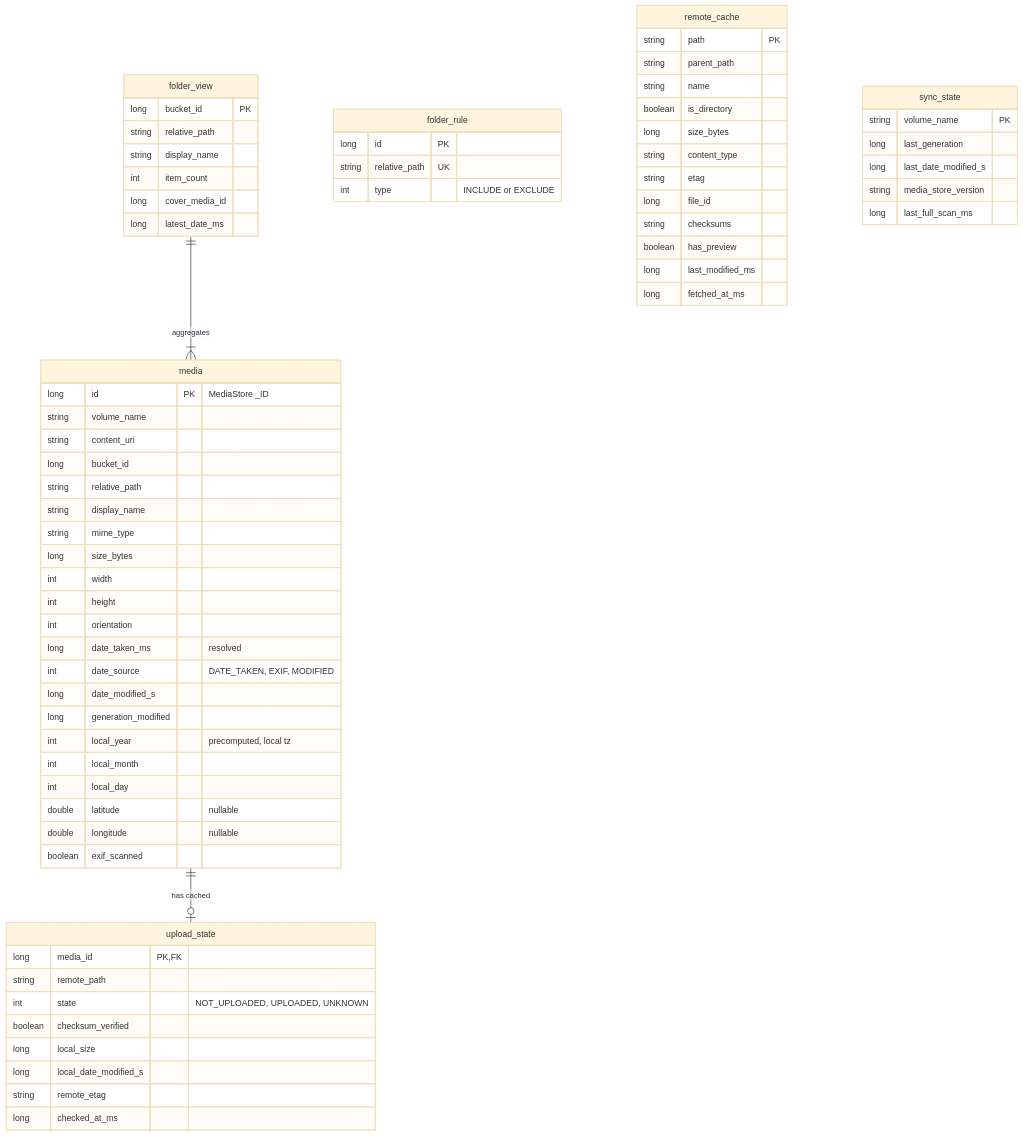
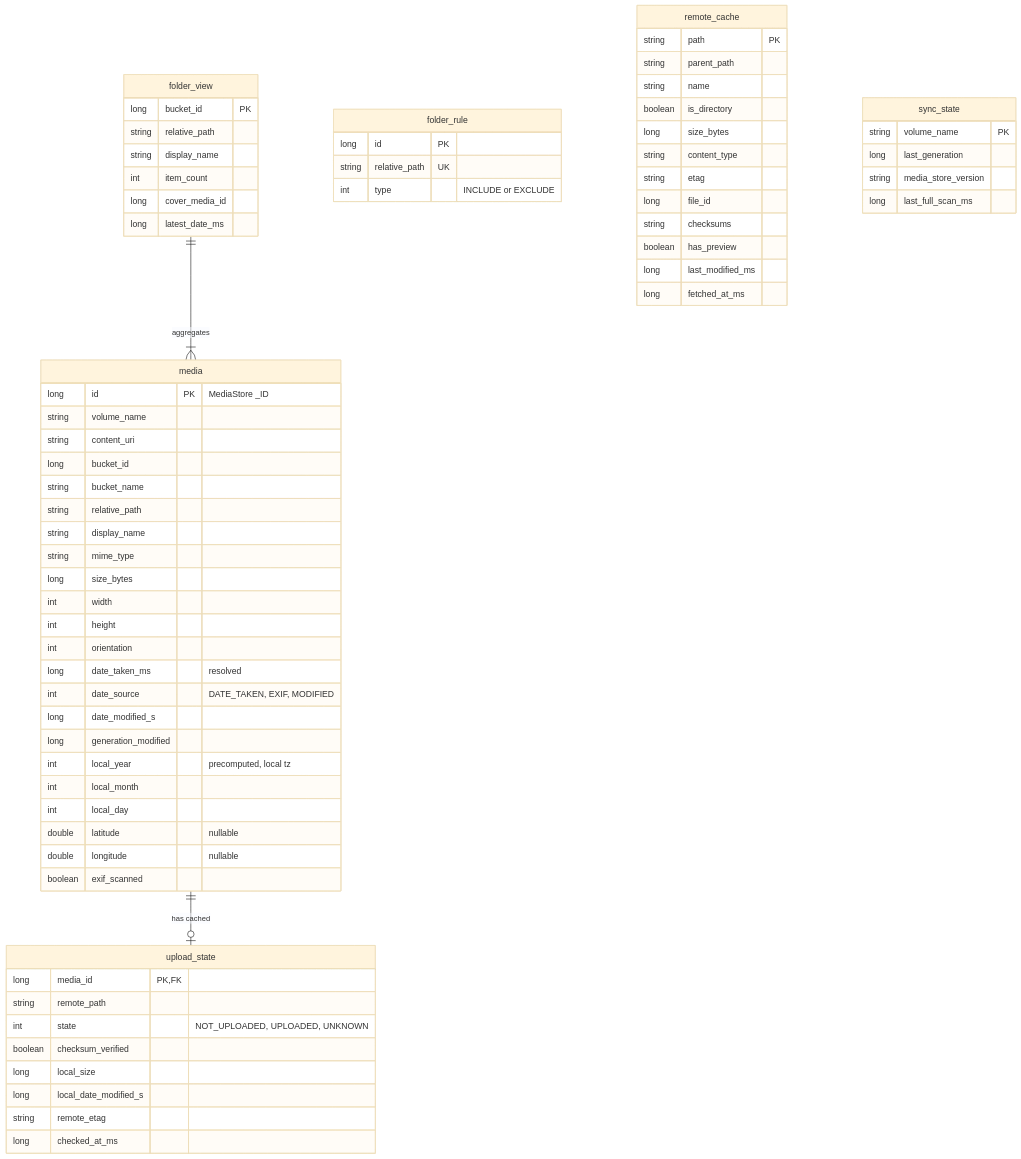
One commit to drehtuer/NextGalleryApp changed the third of 12 diagrams in docs/ARCHITECTURE.md. Above: the diagram before and after it, drawn with Mermaid (base theme). The commit also changed other lines of this file and 123 other files, not shown here.

````diff
--- a/docs/ARCHITECTURE.md
+++ b/docs/ARCHITECTURE.md
@@ -365,73 +366,73 @@
 ```mermaid
 erDiagram
     media {
         long id PK "MediaStore _ID"
         string volume_name
         string content_uri
         long bucket_id
+        string bucket_name
         string relative_path
         string display_name
         string mime_type
         long size_bytes
         int width
         int height
         int orientation
         long date_taken_ms "resolved"
         int date_source "DATE_TAKEN, EXIF, MODIFIED"
         long date_modified_s
         long generation_modified
         int local_year "precomputed, local tz"
         int local_month
         int local_day
         double latitude "nullable"
         double longitude "nullable"
         boolean exif_scanned
     }
     folder_view {
         long bucket_id PK
         string relative_path
         string display_name
         int item_count
         long cover_media_id
         long latest_date_ms
     }
     folder_rule {
         long id PK
         string relative_path UK
         int type "INCLUDE or EXCLUDE"
     }
     upload_state {
         long media_id PK, FK
         string remote_path
         int state "NOT_UPLOADED, UPLOADED, UNKNOWN"
         boolean checksum_verified
         long local_size
         long local_date_modified_s
         string remote_etag
         long checked_at_ms
     }
     remote_cache {
         string path PK
         string parent_path
         string name
         boolean is_directory
         long size_bytes
         string content_type
         string etag
         long file_id
         string checksums
         boolean has_preview
         long last_modified_ms
         long fetched_at_ms
     }
     sync_state {
         string volume_name PK
         long last_generation
-        long last_date_modified_s
         string media_store_version
         long last_full_scan_ms
     }
 
     media ||--o| upload_state : "has cached"
     folder_view ||--|{ media : "aggregates"
 ```
````
